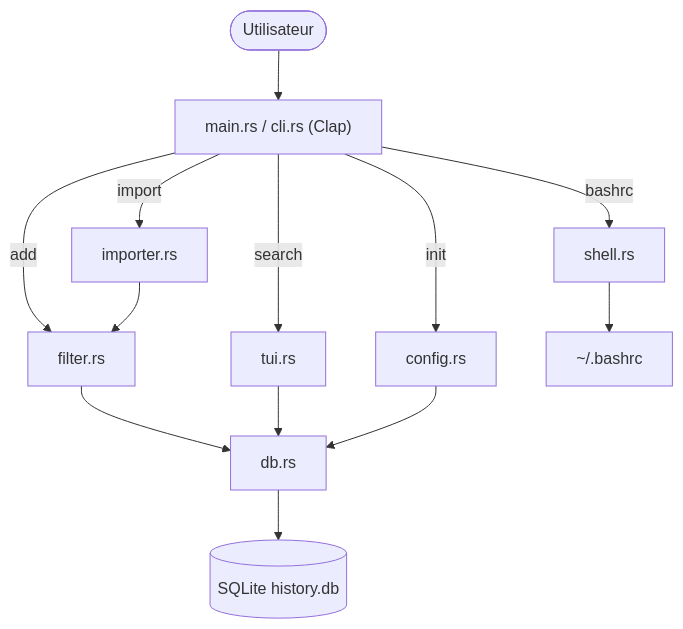
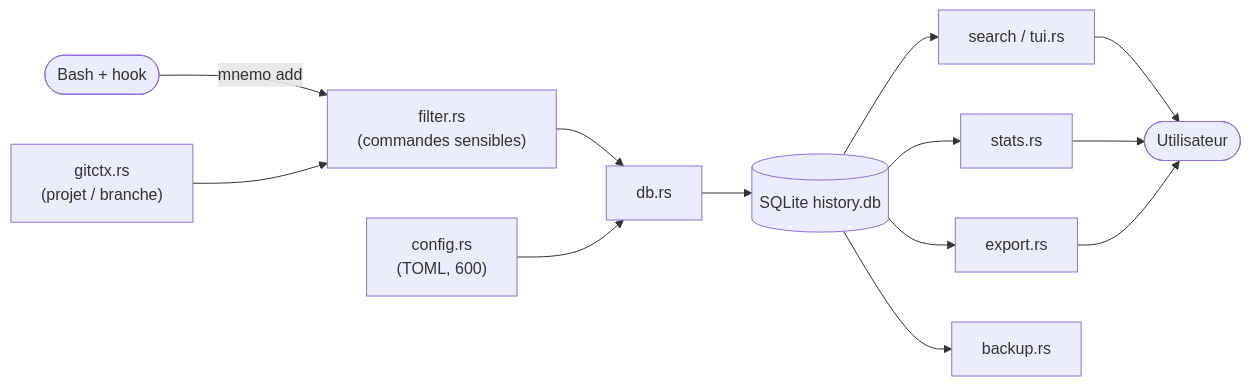
Before and after one commit to Vesperis-group/mnemo: the first of 10 diagrams in README.md, drawn with Mermaid. The commit also changed other lines of this file and 3 other files, not shown here.

````diff
--- a/README.md
+++ b/README.md
@@ -1260,16 +1362,15 @@
 ```mermaid
-flowchart TD
-    User([Utilisateur]) --> CLI["main.rs / cli.rs (Clap)"]
-    CLI -->|init| Config["config.rs"]
-    CLI -->|import| Importer["importer.rs"]
-    CLI -->|add| Filter["filter.rs"]
-    CLI -->|search| TUI["tui.rs"]
-    CLI -->|bashrc| Shell["shell.rs"]
-
-    Importer --> Filter
+flowchart LR
+    Shell([Bash + hook]) -->|mnemo add| Filter["filter.rs<br/>(commandes sensibles)"]
+    Git["gitctx.rs<br/>(projet / branche)"] --> Filter
     Filter --> DB["db.rs"]
-    TUI --> DB
-    Config --> DB
+    Config["config.rs<br/>(TOML, 600)"] --> DB
     DB --> SQLite[("SQLite history.db")]
-    Shell --> Bashrc["~/.bashrc"]
+    SQLite --> Search["search / tui.rs"]
+    SQLite --> Stats["stats.rs"]
+    SQLite --> Export["export.rs"]
+    SQLite --> Backup["backup.rs"]
+    Search --> User([Utilisateur])
+    Stats --> User
+    Export --> User
 ```
````
